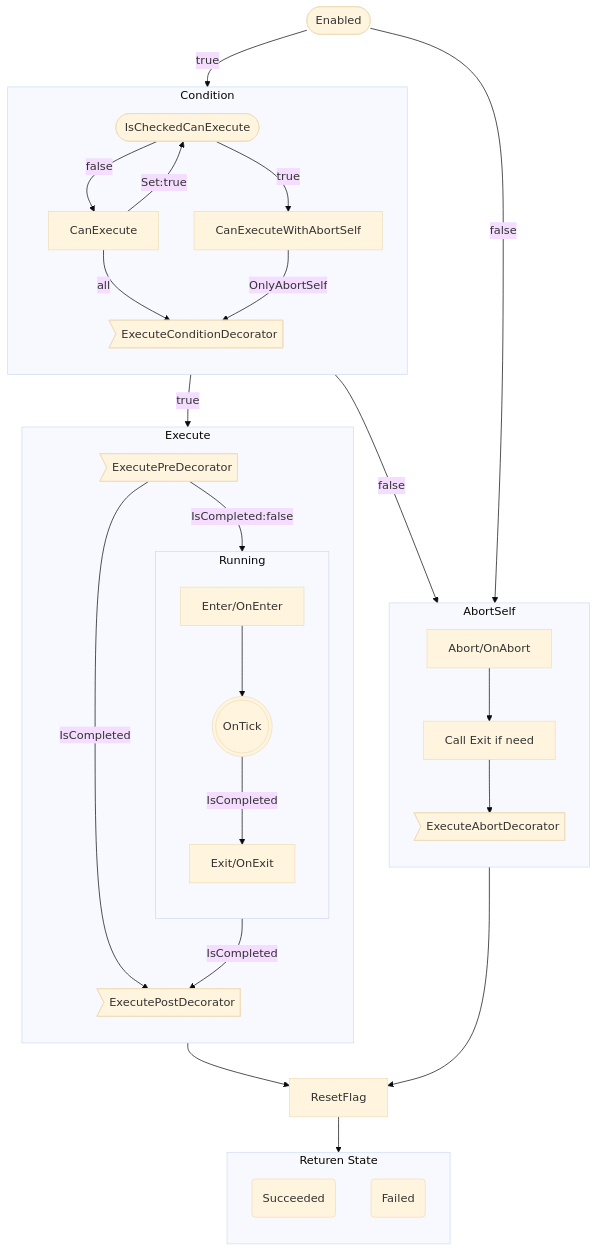
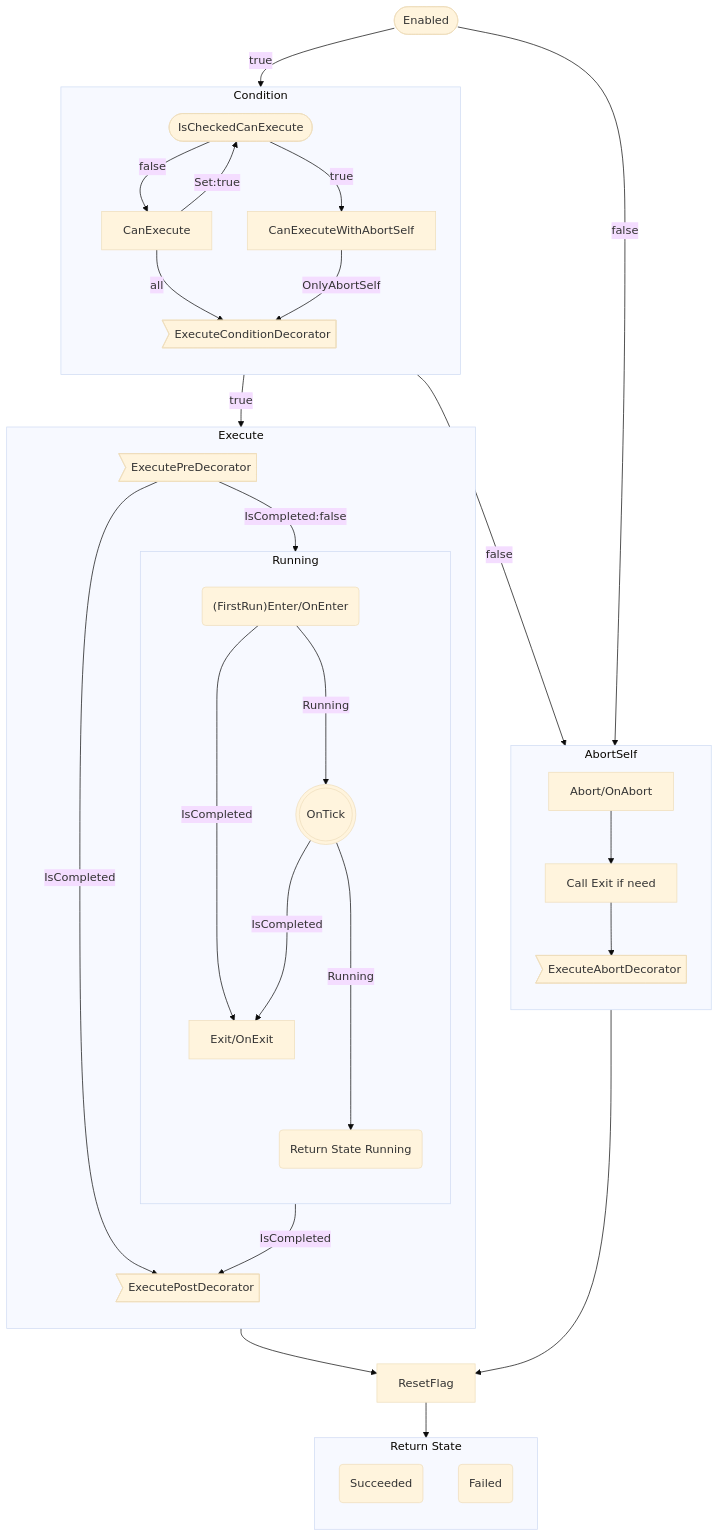
Before and after one commit to 0x3f3f3f3f/Megumin.GameFramework.AI: the second of 3 diagrams in UnityAI/Packages/com.megumin.ai.behaviortree/Note/技术细节.md, drawn with Mermaid (base theme).

Commit message:
更新流程图

````diff
--- a/UnityAI/Packages/com.megumin.ai.behaviortree/Note/技术细节.md
+++ b/UnityAI/Packages/com.megumin.ai.behaviortree/Note/技术细节.md
@@ -91,52 +91,54 @@
 ```mermaid
 graph TB
 
-subgraph Return [Returen State]
+subgraph Return [Return State]
 direction TB
     rs(Succeeded)
     rf(Failed)
 end
 
 subgraph Condition [Condition]
 direction TB
     ecd>ExecuteConditionDecorator]
     a([IsCheckedCanExecute])
 
     a--> |false|CanExecute
     CanExecute --> |all|ecd
     CanExecute -->|Set:true|a
     a--> |true|CanExecuteWithAbortSelf
     CanExecuteWithAbortSelf --> |OnlyAbortSelf|ecd
 end
 
 subgraph Execute
 direction TB
     epred>ExecutePreDecorator]
     epostd>ExecutePostDecorator]
     epred --> |IsCompleted:false| Running --> |IsCompleted| epostd
     epred --> |IsCompleted| epostd
 end
 
 subgraph Running
 direction TB
-    Enter/OnEnter --> OnTick(((OnTick)))
-    OnTick --> |IsCompleted| Exit/OnExit
+    enter("(FirstRun)Enter/OnEnter") ---> |Running| OnTick(((OnTick)))
+    OnTick ---> |IsCompleted| Exit/OnExit
+    OnTick ----> |Running| rr(Return State Running)
+    enter --> |IsCompleted| Exit/OnExit
 end
 
 subgraph AbortSelf
 direction TB
     ead>ExecuteAbortDecorator]
     Abort/OnAbort --> callExit[Call Exit if need] --> ead
 end
 
 e([Enabled])
 e --> |true| Condition
 Condition --> |true| Execute
 Execute --> ResetFlag
 
 e --> |false| AbortSelf
 Condition --> |false| AbortSelf
 AbortSelf --> ResetFlag
 
 ResetFlag --> Return
 ```
````
